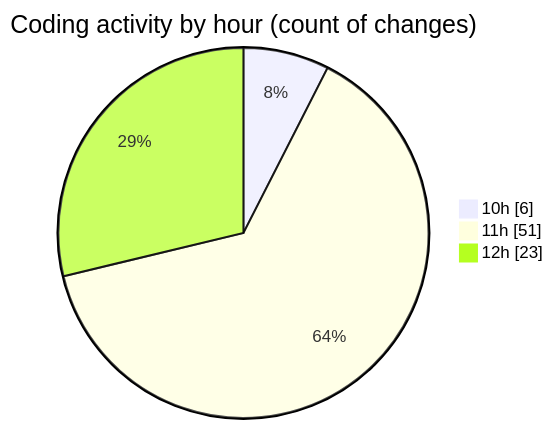
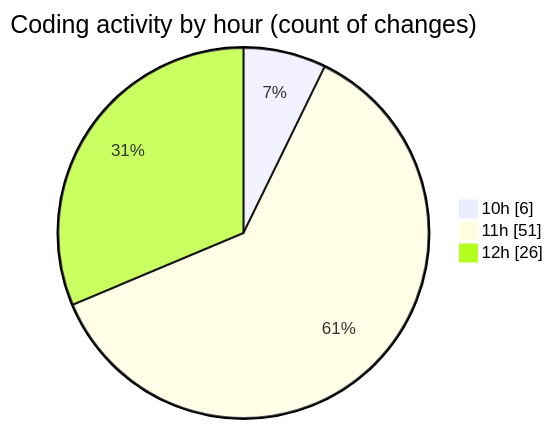
Before and after one commit to nxtqubesakshisongat/code-tracking: the second of 2 diagrams in 2026-04-09/airfeed-analytics-dashboard/README.md, drawn with Mermaid. The commit also changed other lines of this file and 1 other file, not shown here.

````diff
--- a/2026-04-09/airfeed-analytics-dashboard/README.md
+++ b/2026-04-09/airfeed-analytics-dashboard/README.md
@@ -34,7 +34,7 @@
 ```mermaid
 pie showData
 title Coding activity by hour (count of changes)
 "10h" : 6
 "11h" : 51
-"12h" : 23
+"12h" : 26
 ```
````
